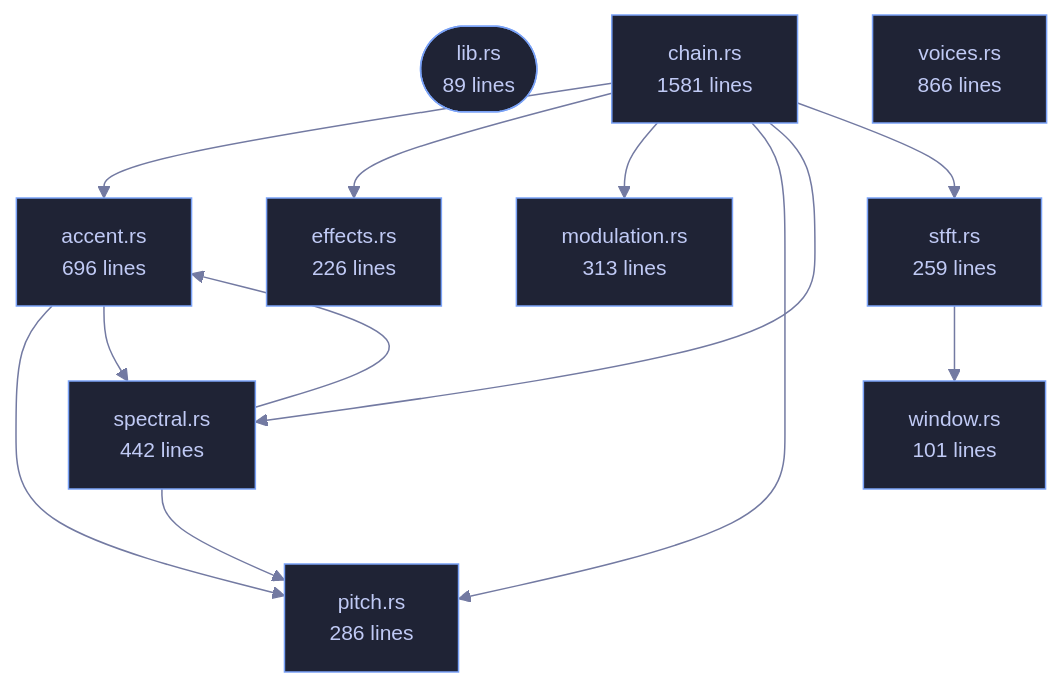
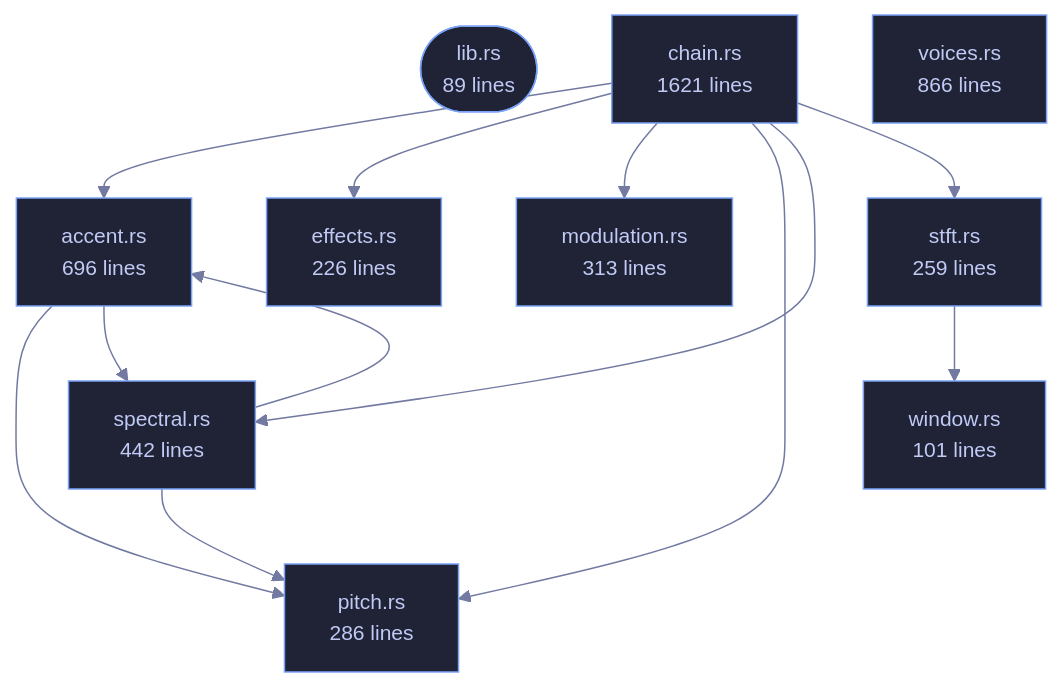
One commit to tilas01/veilvoice changed the diagram in crates/veilvoice-core/README.md. Above: the diagram before and after it, drawn with Mermaid. The commit also changed other lines of this file and 36 other files, not shown here.

````diff
--- a/crates/veilvoice-core/README.md
+++ b/crates/veilvoice-core/README.md
@@ -105,35 +105,35 @@
 ```mermaid
 %%{init: {"theme":"base","themeVariables":{"background":"#1a1b26","primaryColor":"#1f2335","primaryTextColor":"#c0caf5","primaryBorderColor":"#7aa2f7","secondaryColor":"#16161e","tertiaryColor":"#16161e","lineColor":"#737aa2","textColor":"#c0caf5","mainBkg":"#1f2335","nodeBorder":"#7aa2f7","clusterBkg":"#16161e","clusterBorder":"#2f3549","fontFamily":"ui-monospace, SFMono-Regular, Consolas, monospace","fontSize":"14px"}}}%%
 flowchart TD
     n_lib(["lib.rs<br/>89 lines"])
     n_accent["accent.rs<br/>696 lines"]
-    n_chain["chain.rs<br/>1581 lines"]
+    n_chain["chain.rs<br/>1621 lines"]
     n_effects["effects.rs<br/>226 lines"]
     n_modulation["modulation.rs<br/>313 lines"]
     n_pitch["pitch.rs<br/>286 lines"]
     n_spectral["spectral.rs<br/>442 lines"]
     n_stft["stft.rs<br/>259 lines"]
     n_voices["voices.rs<br/>866 lines"]
     n_window["window.rs<br/>101 lines"]
     n_accent --> n_pitch
     n_accent --> n_spectral
     n_chain --> n_accent
     n_chain --> n_effects
     n_chain --> n_modulation
     n_chain --> n_pitch
     n_chain --> n_spectral
     n_chain --> n_stft
     n_spectral --> n_accent
     n_spectral --> n_pitch
     n_stft --> n_window
     click n_lib href "https://github.com/tilas01/veilvoice/blob/main/crates/veilvoice-core/src/lib.rs" "open the source"
     click n_accent href "https://github.com/tilas01/veilvoice/blob/main/crates/veilvoice-core/src/accent.rs" "open the source"
     click n_chain href "https://github.com/tilas01/veilvoice/blob/main/crates/veilvoice-core/src/chain.rs" "open the source"
     click n_effects href "https://github.com/tilas01/veilvoice/blob/main/crates/veilvoice-core/src/effects.rs" "open the source"
     click n_modulation href "https://github.com/tilas01/veilvoice/blob/main/crates/veilvoice-core/src/modulation.rs" "open the source"
     click n_pitch href "https://github.com/tilas01/veilvoice/blob/main/crates/veilvoice-core/src/pitch.rs" "open the source"
     click n_spectral href "https://github.com/tilas01/veilvoice/blob/main/crates/veilvoice-core/src/spectral.rs" "open the source"
     click n_stft href "https://github.com/tilas01/veilvoice/blob/main/crates/veilvoice-core/src/stft.rs" "open the source"
     click n_voices href "https://github.com/tilas01/veilvoice/blob/main/crates/veilvoice-core/src/voices.rs" "open the source"
     click n_window href "https://github.com/tilas01/veilvoice/blob/main/crates/veilvoice-core/src/window.rs" "open the source"
 ```
````
